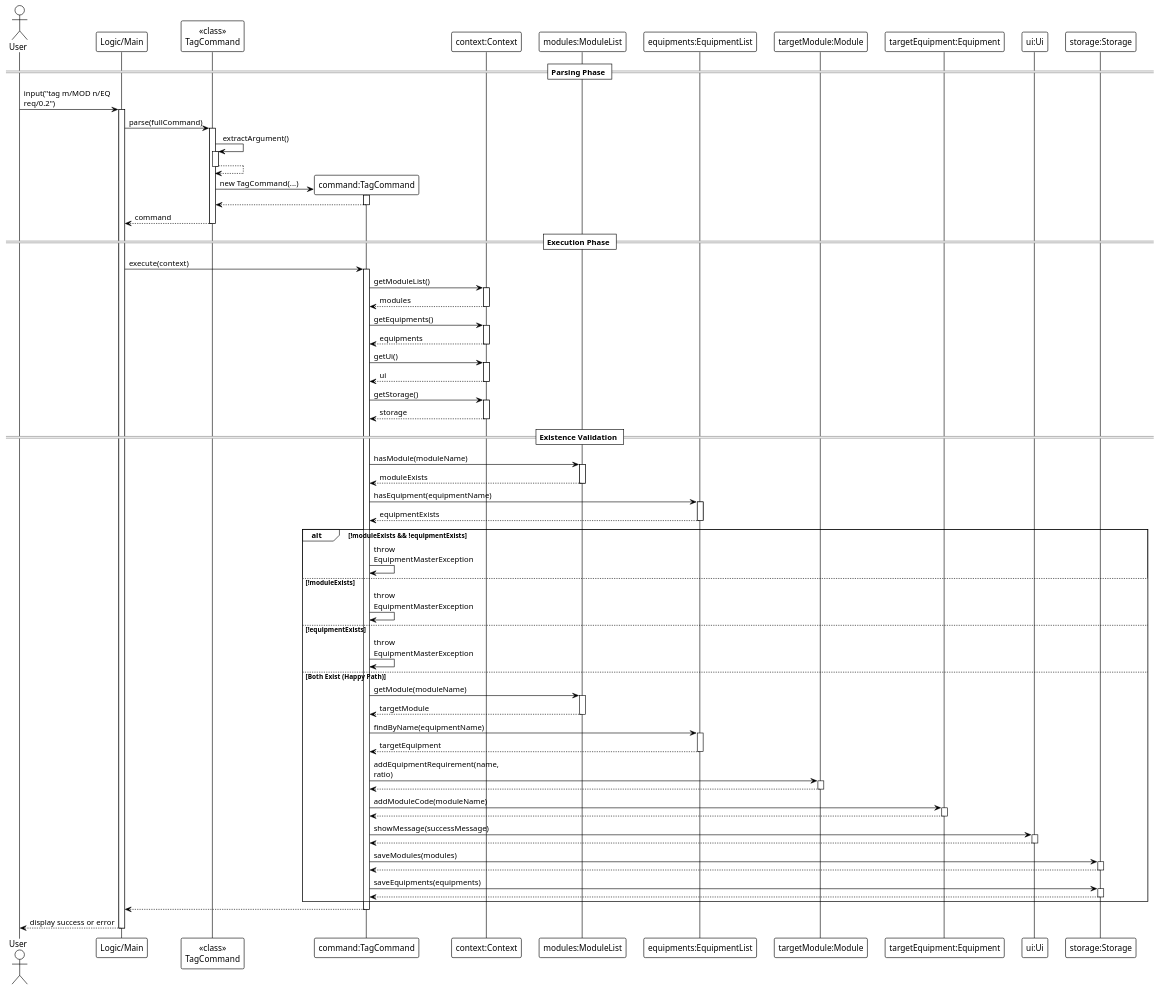
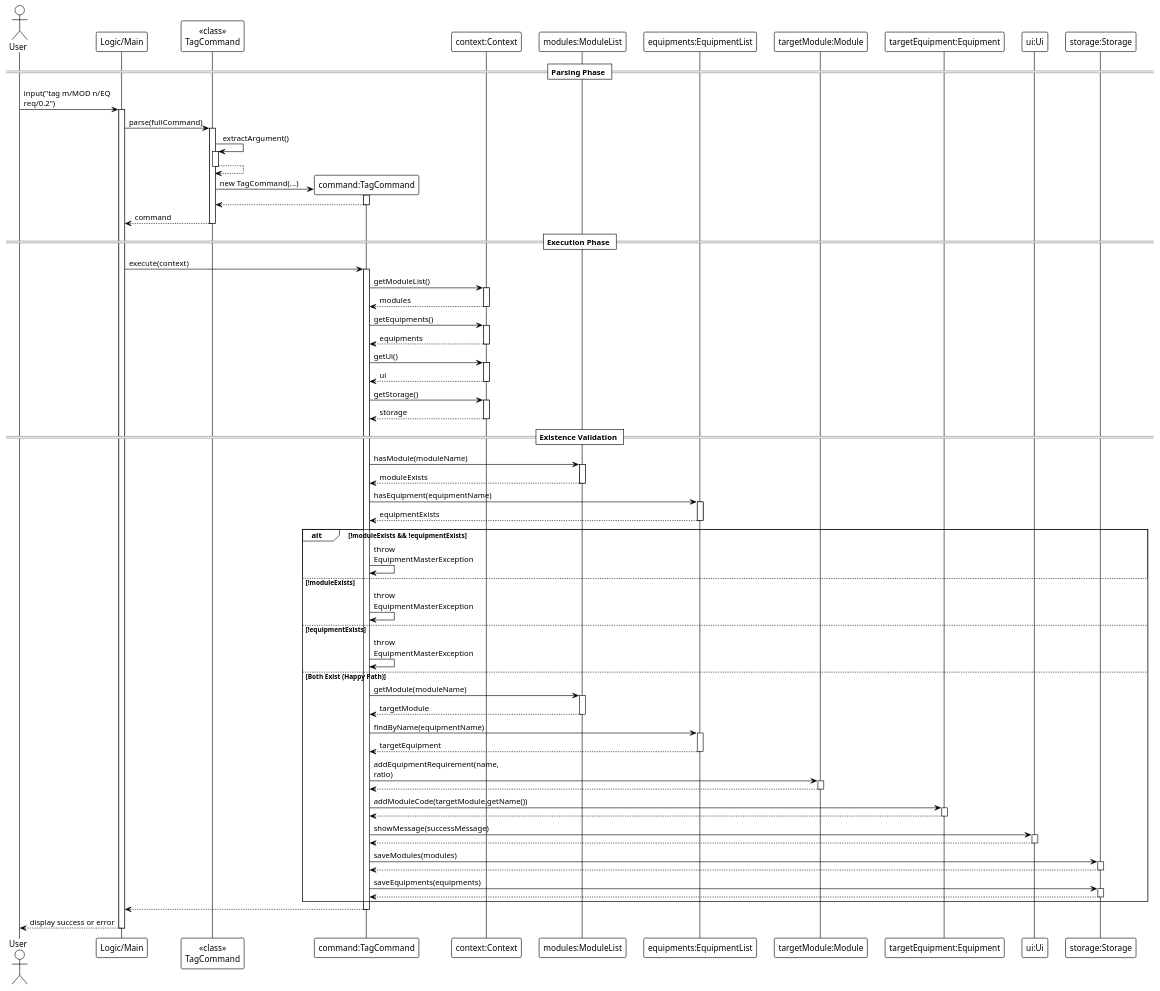
The diagram in docs/UMLs/TagCommand.puml (zhanhong03/tp), drawn with PlantUML before and after one commit. The commit also changed 4 other files, not shown here.

```diff
--- a/docs/UMLs/TagCommand.puml
+++ b/docs/UMLs/TagCommand.puml
@@ -1,124 +1,124 @@
 @startuml
 !theme plain
 skinparam maxMessageSize 150
 
 actor User
 participant "Logic/Main" as Logic
 participant "<<class>>\nTagCommand" as TagCommandClass
 participant "command:TagCommand" as TagCommand
 participant "context:Context" as Context
 participant "modules:ModuleList" as ModuleList
 participant "equipments:EquipmentList" as EquipmentList
 participant "targetModule:Module" as Module
 participant "targetEquipment:Equipment" as Equipment
 participant "ui:Ui" as Ui
 participant "storage:Storage" as Storage
 
 == Parsing Phase ==
 User -> Logic : input("tag m/MOD n/EQ req/0.2")
 activate Logic
 
 Logic -> TagCommandClass : parse(fullCommand)
 activate TagCommandClass
 
 TagCommandClass -> TagCommandClass : extractArgument()
 activate TagCommandClass
 TagCommandClass --> TagCommandClass
 deactivate TagCommandClass
 
 create TagCommand
 TagCommandClass -> TagCommand : new TagCommand(...)
 activate TagCommand
 TagCommand --> TagCommandClass
 deactivate TagCommand
 
 TagCommandClass --> Logic : command
 deactivate TagCommandClass
 
 == Execution Phase ==
 Logic -> TagCommand : execute(context)
 activate TagCommand
 
 TagCommand -> Context : getModuleList()
 activate Context
 Context --> TagCommand : modules
 deactivate Context
 
 TagCommand -> Context : getEquipments()
 activate Context
 Context --> TagCommand : equipments
 deactivate Context
 
 TagCommand -> Context : getUi()
 activate Context
 Context --> TagCommand : ui
 deactivate Context
 
 TagCommand -> Context : getStorage()
 activate Context
 Context --> TagCommand : storage
 deactivate Context
 
 == Existence Validation ==
 TagCommand -> ModuleList : hasModule(moduleName)
 activate ModuleList
 ModuleList --> TagCommand : moduleExists
 deactivate ModuleList
 
 TagCommand -> EquipmentList : hasEquipment(equipmentName)
 activate EquipmentList
 EquipmentList --> TagCommand : equipmentExists
 deactivate EquipmentList
 
 alt !moduleExists && !equipmentExists
     TagCommand -> TagCommand : throw EquipmentMasterException
 else !moduleExists
     TagCommand -> TagCommand : throw EquipmentMasterException
 else !equipmentExists
     TagCommand -> TagCommand : throw EquipmentMasterException
 else Both Exist (Happy Path)
 
     TagCommand -> ModuleList : getModule(moduleName)
     activate ModuleList
     ModuleList --> TagCommand : targetModule
     deactivate ModuleList
 
     TagCommand -> EquipmentList : findByName(equipmentName)
     activate EquipmentList
     EquipmentList --> TagCommand : targetEquipment
     deactivate EquipmentList
 
     TagCommand -> Module : addEquipmentRequirement(name, ratio)
     activate Module
     Module --> TagCommand
     deactivate Module
 
-    TagCommand -> Equipment : addModuleCode(moduleName)
+    TagCommand -> Equipment : addModuleCode(targetModule.getName())
     activate Equipment
     Equipment --> TagCommand
     deactivate Equipment
 
     TagCommand -> Ui : showMessage(successMessage)
     activate Ui
     Ui --> TagCommand
     deactivate Ui
 
     TagCommand -> Storage : saveModules(modules)
     activate Storage
     Storage --> TagCommand
     deactivate Storage
 
     TagCommand -> Storage : saveEquipments(equipments)
     activate Storage
     Storage --> TagCommand
     deactivate Storage
 
 end
 
 TagCommand --> Logic
 deactivate TagCommand
 
 Logic --> User : display success or error
 deactivate Logic
 
 @enduml
```
